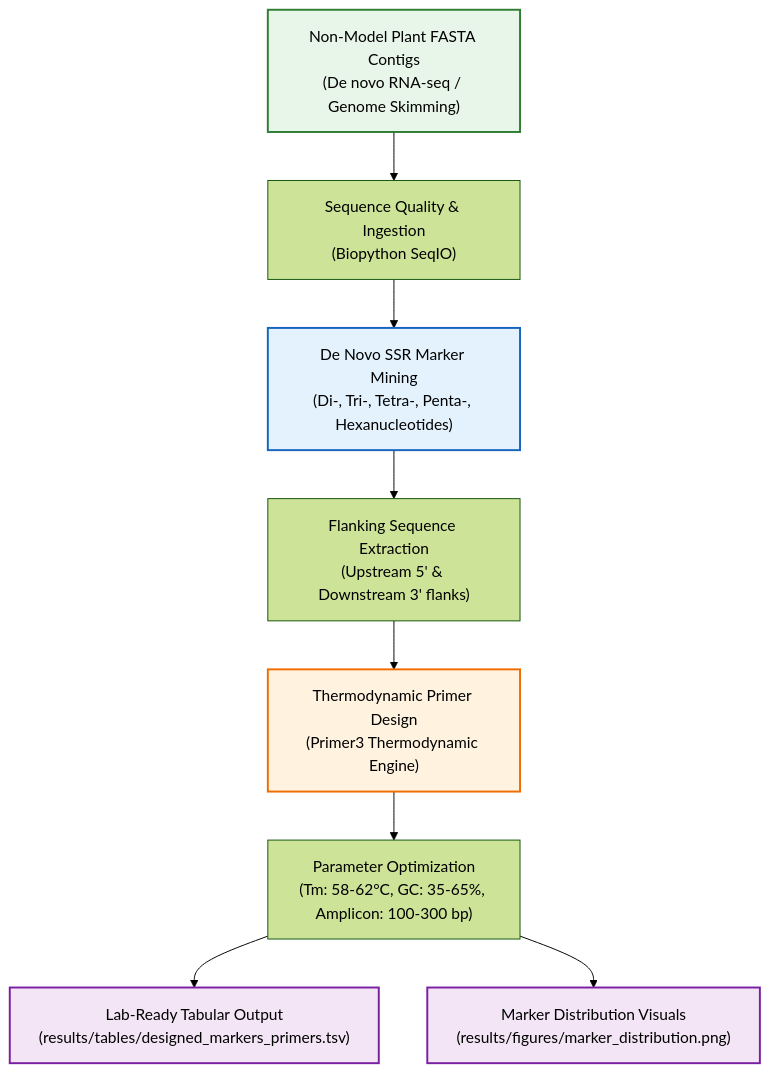
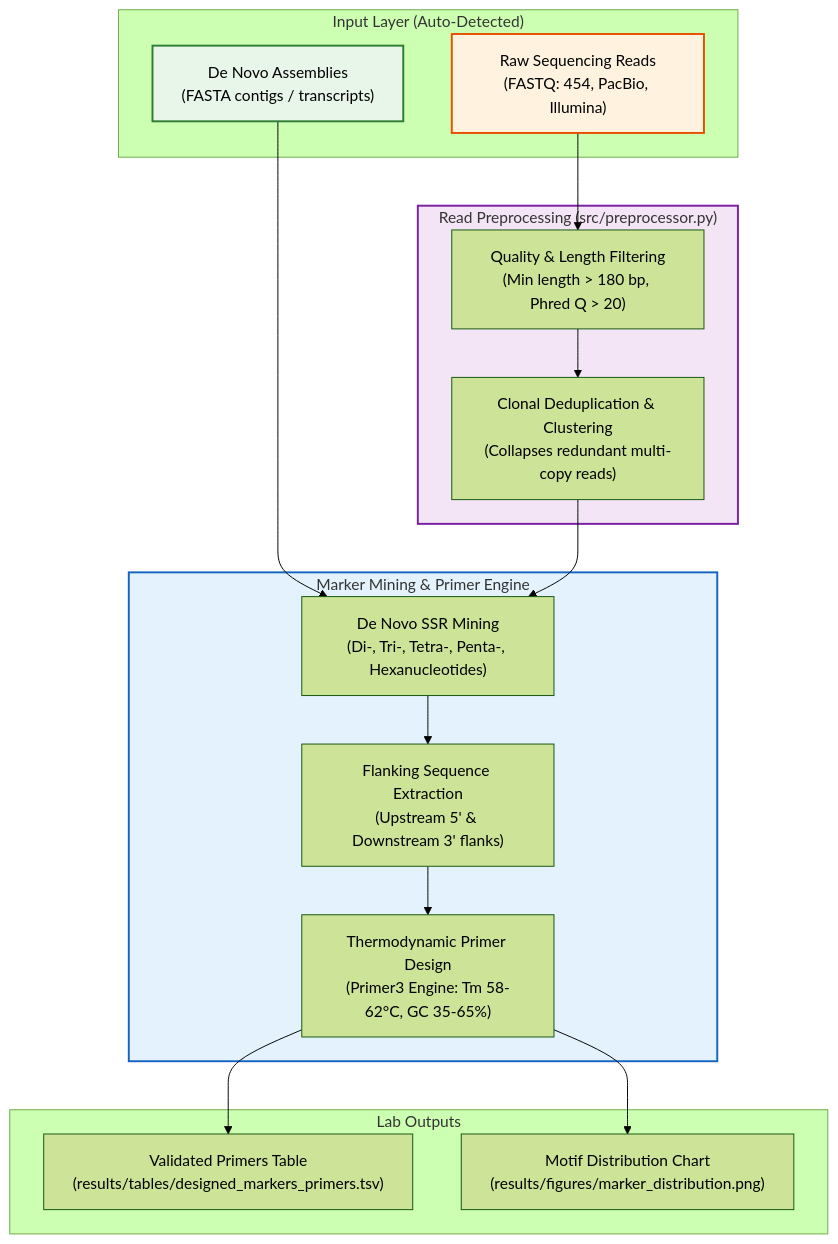
One commit to magdzraw/WildPrimer changed the diagram in README.md. Above: the diagram before and after it, drawn with Mermaid (forest theme). The commit also changed other lines of this file and 4 other files, not shown here.

Commit message:
feat: add sequence preprocessor with auto-detection for 454/raw reads and de novo assemblies

````diff
--- a/README.md
+++ b/README.md
@@ -33,16 +33,34 @@
 ```mermaid
 flowchart TD
-    A["Non-Model Plant FASTA Contigs\n(De novo RNA-seq / Genome Skimming)"] --> B["Sequence Quality & Ingestion\n(Biopython SeqIO)"]
-    B --> C["De Novo SSR Marker Mining\n(Di-, Tri-, Tetra-, Penta-, Hexanucleotides)"]
-    C --> D["Flanking Sequence Extraction\n(Upstream 5' & Downstream 3' flanks)"]
-    D --> E["Thermodynamic Primer Design\n(Primer3 Thermodynamic Engine)"]
-    E --> F["Parameter Optimization\n(Tm: 58-62°C, GC: 35-65%, Amplicon: 100-300 bp)"]
-    F --> G["Lab-Ready Tabular Output\n(results/tables/designed_markers_primers.tsv)"]
-    F --> H["Marker Distribution Visuals\n(results/figures/marker_distribution.png)"]
+    subgraph Inputs ["Input Layer (Auto-Detected)"]
+        InA["De Novo Assemblies\n(FASTA contigs / transcripts)"]
+        InB["Raw Sequencing Reads\n(FASTQ: 454, PacBio, Illumina)"]
+    end
 
-    style A fill:#e8f5e9,stroke:#2e7d32,stroke-width:2px
-    style C fill:#e3f2fd,stroke:#1565c0,stroke-width:2px
-    style E fill:#fff3e0,stroke:#ef6c00,stroke-width:2px
-    style G fill:#f3e5f5,stroke:#7b1fa2,stroke-width:2px
-    style H fill:#f3e5f5,stroke:#7b1fa2,stroke-width:2px
+    subgraph Preprocessing ["Read Preprocessing (src/preprocessor.py)"]
+        QC["Quality & Length Filtering\n(Min length > 180 bp, Phred Q > 20)"]
+        Clust["Clonal Deduplication & Clustering\n(Collapses redundant multi-copy reads)"]
+    end
+
+    subgraph Mining ["Marker Mining & Primer Engine"]
+        SSR["De Novo SSR Mining\n(Di-, Tri-, Tetra-, Penta-, Hexanucleotides)"]
+        Flanks["Flanking Sequence Extraction\n(Upstream 5' & Downstream 3' flanks)"]
+        P3["Thermodynamic Primer Design\n(Primer3 Engine: Tm 58-62°C, GC 35-65%)"]
+    end
+
+    subgraph Outputs ["Lab Outputs"]
+        Table["Validated Primers Table\n(results/tables/designed_markers_primers.tsv)"]
+        Fig["Motif Distribution Chart\n(results/figures/marker_distribution.png)"]
+    end
+
+    InA --> SSR
+    InB --> QC --> Clust --> SSR
+    SSR --> Flanks --> P3
+    P3 --> Table
+    P3 --> Fig
+
+    style InA fill:#e8f5e9,stroke:#2e7d32,stroke-width:2px
+    style InB fill:#fff3e0,stroke:#e65100,stroke-width:2px
+    style Preprocessing fill:#f3e5f5,stroke:#7b1fa2,stroke-width:2px
+    style Mining fill:#e3f2fd,stroke:#1565c0,stroke-width:2px
 ```
````
